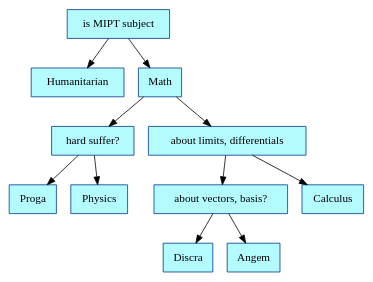
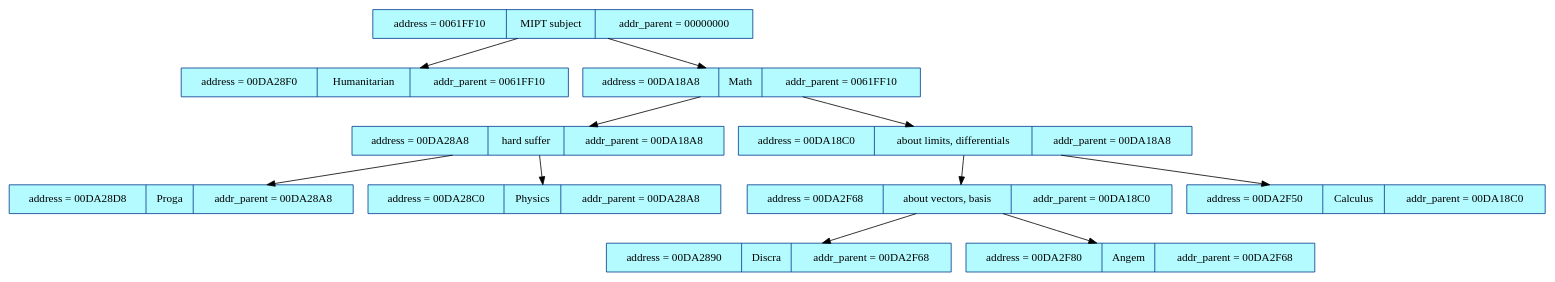
One commit to Dariazeml1007/Tree changed the diagram in dump.dot. Above: the diagram before and after it, drawn with Graphviz. The commit also changed 12 other files, not shown here.

```diff
--- a/dump.dot
+++ b/dump.dot
@@ -1,27 +1,27 @@
 digraph structs {
 rankdir=HR;
 node[color= "#003A8C",style="filled", fillcolor="#B4FBFF", fontsize=14];
 edge[color="black", weight = 9,fontsize=14];
-el_0061FF10 [shape=record, label= "is MIPT subject"];
-el_00F42998 [shape=record, label= "Humanitarian"];
-el_00F418E0 [shape=record, label= "Math"];
-el_00F42950 [shape=record, label= "hard suffer?"];
-el_00F42980 [shape=record, label= "Proga"];
-el_00F42968 [shape=record, label= "Physics"];
-el_00F428D8 [shape=record, label= "about limits, differentials"];
-el_00F42908 [shape=record, label= "about vectors, basis?"];
-el_00F42938 [shape=record, label= "Discra"];
-el_00F42920 [shape=record, label= "Angem"];
-el_00F428F0 [shape=record, label= "Calculus"];
-el_0061FF10->el_00F42998;
-el_0061FF10->el_00F418E0;
-el_00F418E0->el_00F42950;
-el_00F42950->el_00F42980;
-el_00F42950->el_00F42968;
-el_00F418E0->el_00F428D8;
-el_00F428D8->el_00F42908;
-el_00F42908->el_00F42938;
-el_00F42908->el_00F42920;
-el_00F428D8->el_00F428F0;
+el_0061FF10 [shape=record, label= "address = 0061FF10|MIPT subject| addr_parent = 00000000"];
+el_00DA28F0 [shape=record, label= "address = 00DA28F0|Humanitarian| addr_parent = 0061FF10"];
+el_00DA18A8 [shape=record, label= "address = 00DA18A8|Math| addr_parent = 0061FF10"];
+el_00DA28A8 [shape=record, label= "address = 00DA28A8|hard suffer| addr_parent = 00DA18A8"];
+el_00DA28D8 [shape=record, label= "address = 00DA28D8|Proga| addr_parent = 00DA28A8"];
+el_00DA28C0 [shape=record, label= "address = 00DA28C0|Physics| addr_parent = 00DA28A8"];
+el_00DA18C0 [shape=record, label= "address = 00DA18C0|about limits, differentials| addr_parent = 00DA18A8"];
+el_00DA2F68 [shape=record, label= "address = 00DA2F68|about vectors, basis| addr_parent = 00DA18C0"];
+el_00DA2890 [shape=record, label= "address = 00DA2890|Discra| addr_parent = 00DA2F68"];
+el_00DA2F80 [shape=record, label= "address = 00DA2F80|Angem| addr_parent = 00DA2F68"];
+el_00DA2F50 [shape=record, label= "address = 00DA2F50|Calculus| addr_parent = 00DA18C0"];
+el_0061FF10->el_00DA28F0;
+el_0061FF10->el_00DA18A8;
+el_00DA18A8->el_00DA28A8;
+el_00DA28A8->el_00DA28D8;
+el_00DA28A8->el_00DA28C0;
+el_00DA18A8->el_00DA18C0;
+el_00DA18C0->el_00DA2F68;
+el_00DA2F68->el_00DA2890;
+el_00DA2F68->el_00DA2F80;
+el_00DA18C0->el_00DA2F50;
 
 }
```
